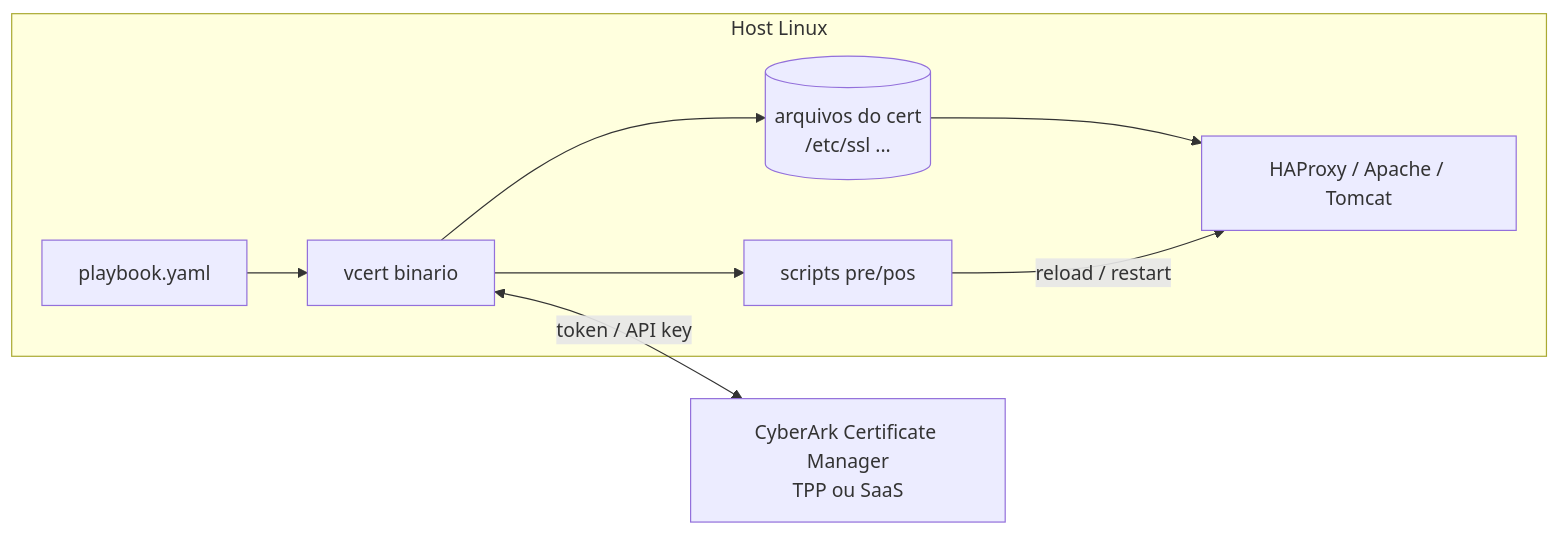
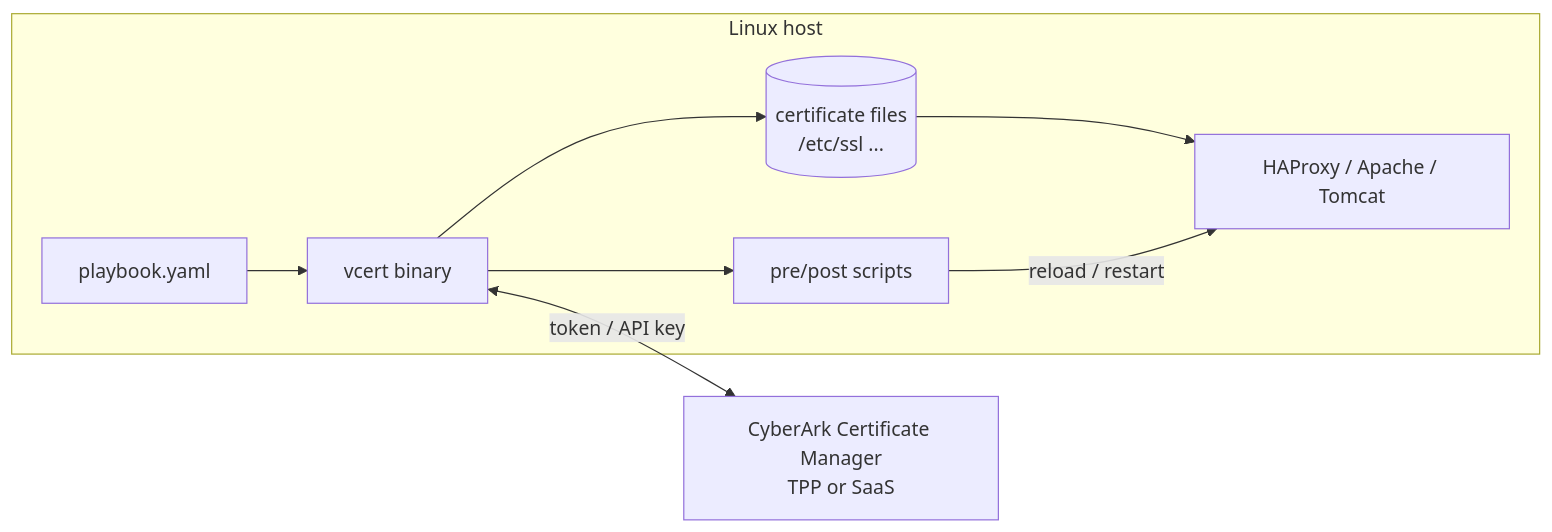
Before and after one commit to aslancarlos/vcert-examples: the second of 10 diagrams in docs/architecture.md, drawn with Mermaid. The commit also changed other lines of this file and 35 other files, not shown here.

````diff
--- a/docs/architecture.md
+++ b/docs/architecture.md
@@ -22,18 +22,18 @@
 ```mermaid
 flowchart LR
-    subgraph Linux["Host Linux"]
-        VC[vcert binario]
+    subgraph Linux["Linux host"]
+        VC[vcert binary]
         PB[playbook.yaml]
-        SC[scripts pre/pos]
-        FS[(arquivos do cert<br/>/etc/ssl ...)]
+        SC[pre/post scripts]
+        FS[(certificate files<br/>/etc/ssl ...)]
         SVC[HAProxy / Apache / Tomcat]
     end
-    CM[CyberArk Certificate Manager<br/>TPP ou SaaS]
+    CM[CyberArk Certificate Manager<br/>TPP or SaaS]
 
     PB --> VC
     VC <-->|token / API key| CM
     VC --> FS
     VC --> SC
     FS --> SVC
     SC -->|reload / restart| SVC
 ```
````
